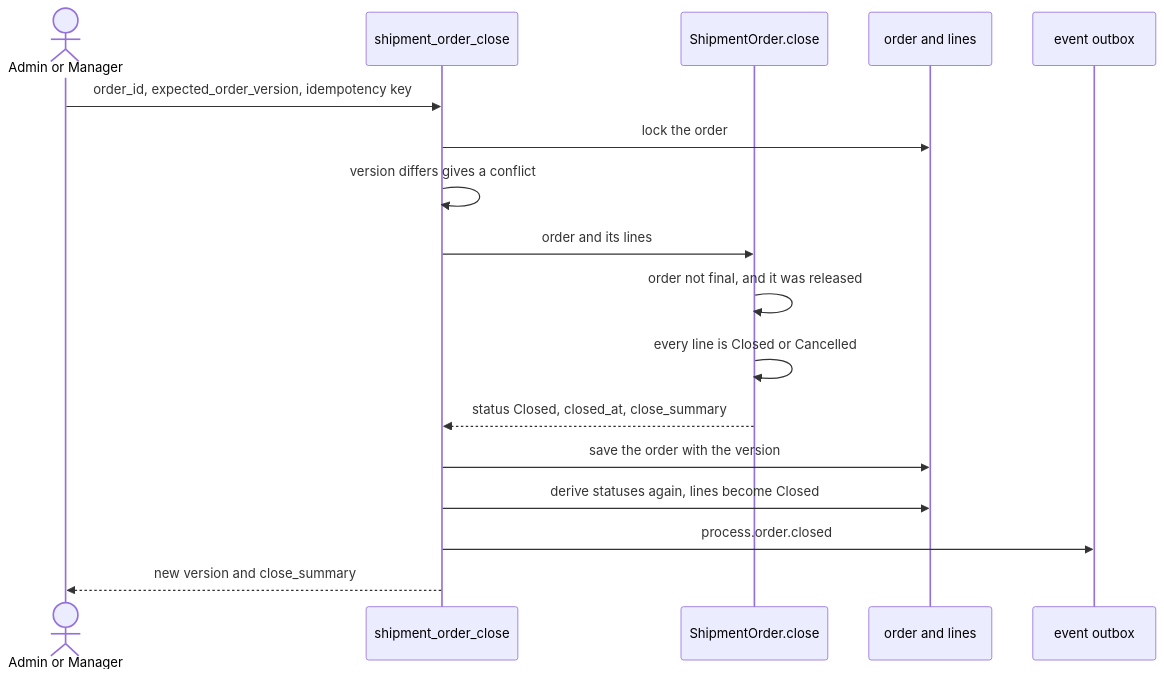
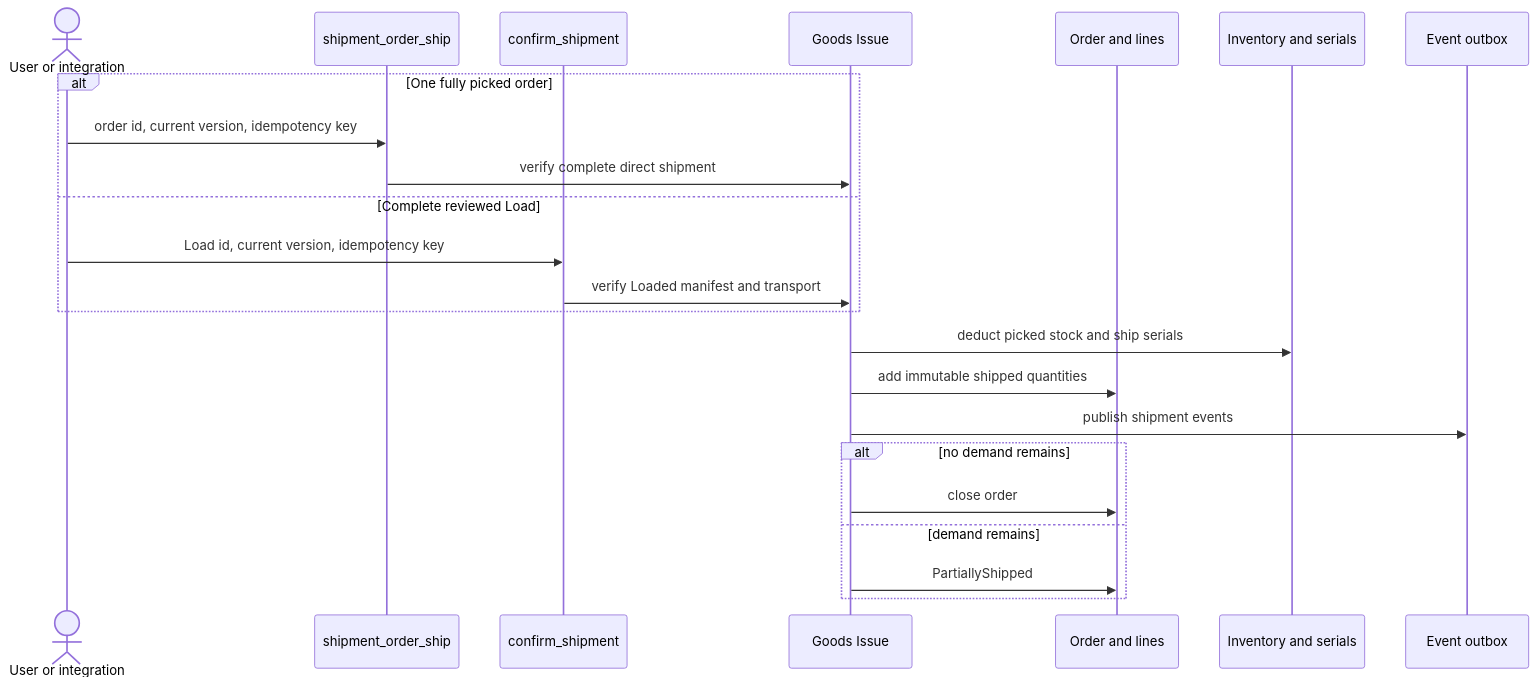
Before and after one commit to msmurygin/quark-docs: the diagram in docs-obsidian/user-guide/diagrams/post-pick/50-order-closure.md, drawn with Mermaid. The commit also changed other lines of this file and 5 other files, not shown here.

````diff
--- a/docs-obsidian/user-guide/diagrams/post-pick/50-order-closure.md
+++ b/docs-obsidian/user-guide/diagrams/post-pick/50-order-closure.md
@@ -7,20 +7,26 @@
 ```mermaid
 sequenceDiagram
-    actor Ad as Admin or Manager
-    participant Cl as shipment_order_close
-    participant Ag as ShipmentOrder.close
-    participant Db as order and lines
-    participant Ev as event outbox
+    actor Us as User or integration
+    participant Dr as shipment_order_ship
+    participant Ld as confirm_shipment
+    participant Gi as Goods Issue
+    participant Or as Order and lines
+    participant Iv as Inventory and serials
+    participant Ev as Event outbox
 
-    Ad->>Cl: order_id, expected_order_version, idempotency key
-    Cl->>Db: lock the order
-    Cl->>Cl: version differs gives a conflict
-    Cl->>Ag: order and its lines
-    Ag->>Ag: order not final, and it was released
-    Ag->>Ag: every line is Closed or Cancelled
-    Ag-->>Cl: status Closed, closed_at, close_summary
-    Cl->>Db: save the order with the version
-    Cl->>Db: derive statuses again, lines become Closed
-    Cl->>Ev: process.order.closed
-    Cl-->>Ad: new version and close_summary
+    alt One fully picked order
+        Us->>Dr: order id, current version, idempotency key
+        Dr->>Gi: verify complete direct shipment
+    else Complete reviewed Load
+        Us->>Ld: Load id, current version, idempotency key
+        Ld->>Gi: verify Loaded manifest and transport
+    end
+    Gi->>Iv: deduct picked stock and ship serials
+    Gi->>Or: add immutable shipped quantities
+    Gi->>Ev: publish shipment events
+    alt no demand remains
+        Gi->>Or: close order
+    else demand remains
+        Gi->>Or: PartiallyShipped
+    end
 ```
````
